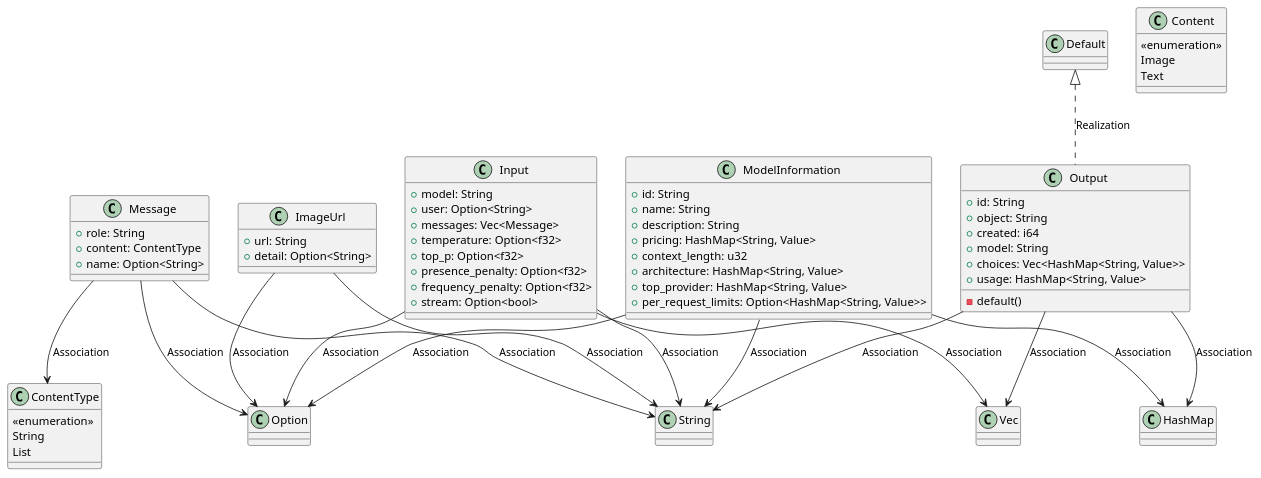
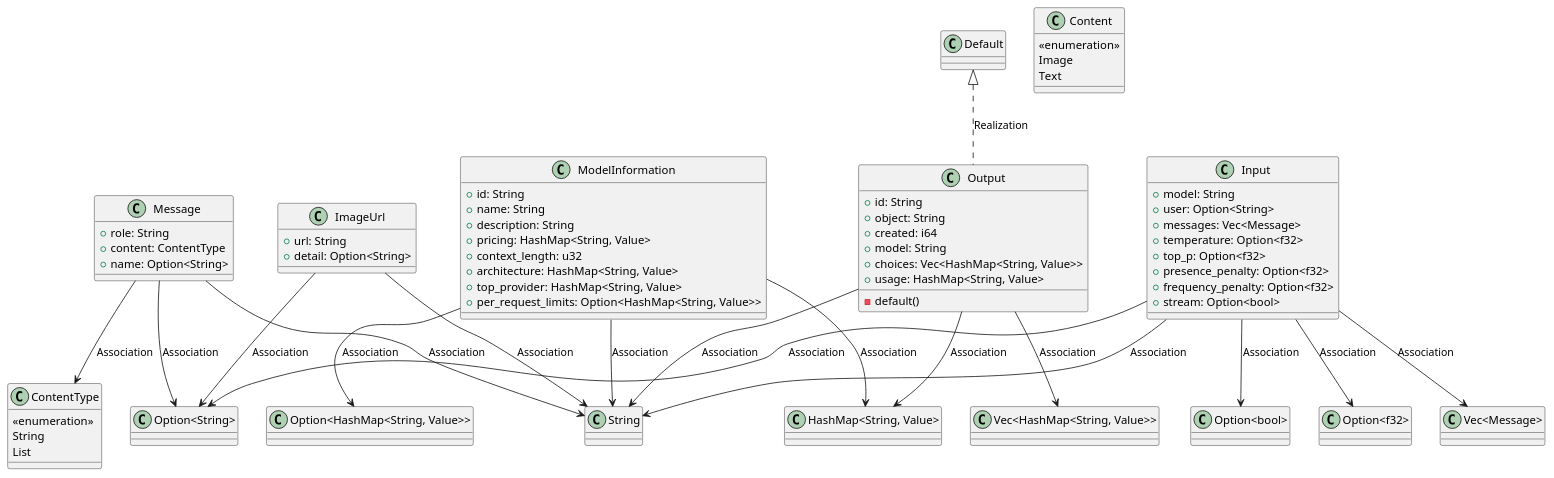
One commit to lgcorzo/fastapi-autogen-team changed the first of 2 diagrams in openwiki/modules/src/application/dtos.md. Above: the diagram before and after it, drawn with PlantUML. The commit also changed other lines of this file and 56 other files, not shown here.

First line of the commit message:
Fix PlantUML AST relationship generation and adjust OKF documentation for public vs private methods

````diff
--- a/openwiki/modules/src/application/dtos.md
+++ b/openwiki/modules/src/application/dtos.md
@@ -26,67 +26,69 @@
 ```plantuml
 @startuml
     class ImageUrl {
         +url: String
         +detail: Option<String>
     }
     class Content {
         <<enumeration>>
         Image
         Text
     }
     class ModelInformation {
         +id: String
         +name: String
         +description: String
         +pricing: HashMap<String, Value>
         +context_length: u32
         +architecture: HashMap<String, Value>
         +top_provider: HashMap<String, Value>
         +per_request_limits: Option<HashMap<String, Value>>
     }
     class Message {
         +role: String
         +content: ContentType
         +name: Option<String>
     }
     class ContentType {
         <<enumeration>>
         String
         List
     }
     class Input {
         +model: String
         +user: Option<String>
         +messages: Vec<Message>
         +temperature: Option<f32>
         +top_p: Option<f32>
         +presence_penalty: Option<f32>
         +frequency_penalty: Option<f32>
         +stream: Option<bool>
     }
     class Output {
         +id: String
         +object: String
         +created: i64
         +model: String
         +choices: Vec<HashMap<String, Value>>
         +usage: HashMap<String, Value>
         -default()
     }
     Default <|.. Output : Realization
-    ImageUrl --> Option : Association
-    ImageUrl --> String : Association
-    Input --> Option : Association
-    Input --> String : Association
-    Input --> Vec : Association
-    Message --> ContentType : Association
-    Message --> Option : Association
-    Message --> String : Association
-    ModelInformation --> HashMap : Association
-    ModelInformation --> Option : Association
-    ModelInformation --> String : Association
-    Output --> HashMap : Association
-    Output --> String : Association
-    Output --> Vec : Association
+    ImageUrl --> "Option<String>" : Association
+    ImageUrl --> "String" : Association
+    Input --> "Option<String>" : Association
+    Input --> "Option<bool>" : Association
+    Input --> "Option<f32>" : Association
+    Input --> "String" : Association
+    Input --> "Vec<Message>" : Association
+    Message --> "ContentType" : Association
+    Message --> "Option<String>" : Association
+    Message --> "String" : Association
+    ModelInformation --> "HashMap<String, Value>" : Association
+    ModelInformation --> "Option<HashMap<String, Value>>" : Association
+    ModelInformation --> "String" : Association
+    Output --> "HashMap<String, Value>" : Association
+    Output --> "String" : Association
+    Output --> "Vec<HashMap<String, Value>>" : Association
 @enduml
 ```
````
